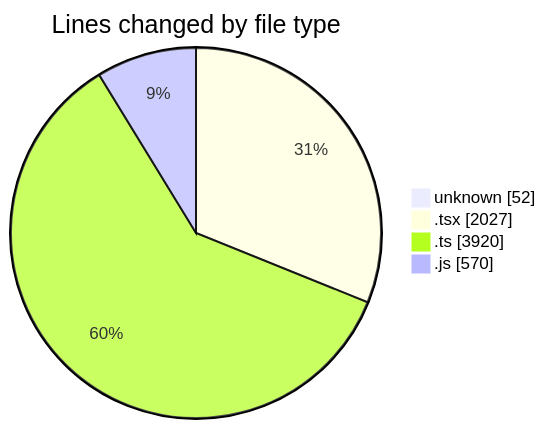
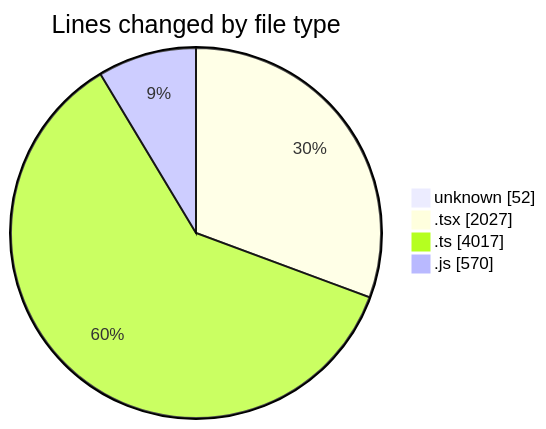
Before and after one commit to CELIANVF/code-tracking: the first of 2 diagrams in 2025-06-02/ecodeli-1/README.md, drawn with Mermaid. The commit also changed other lines of this file and 1 other file, not shown here.

````diff
--- a/2025-06-02/ecodeli-1/README.md
+++ b/2025-06-02/ecodeli-1/README.md
@@ -58,8 +59,8 @@
 ```mermaid
 pie showData
 title Lines changed by file type
 "unknown" : 52
 ".tsx" : 2027
-".ts" : 3920
+".ts" : 4017
 ".js" : 570
 ```
````
